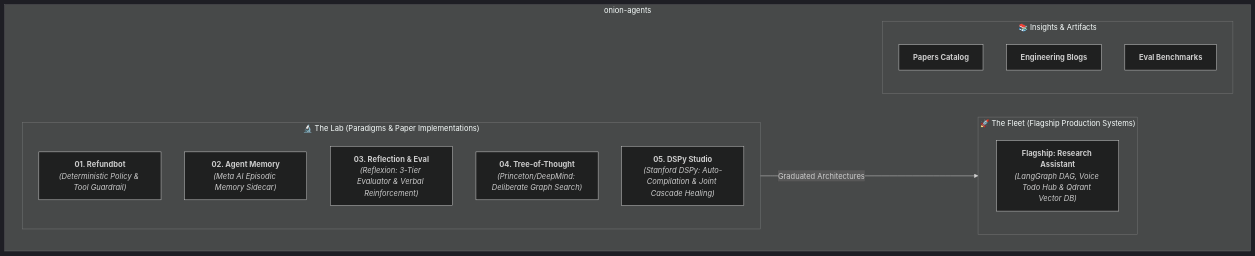
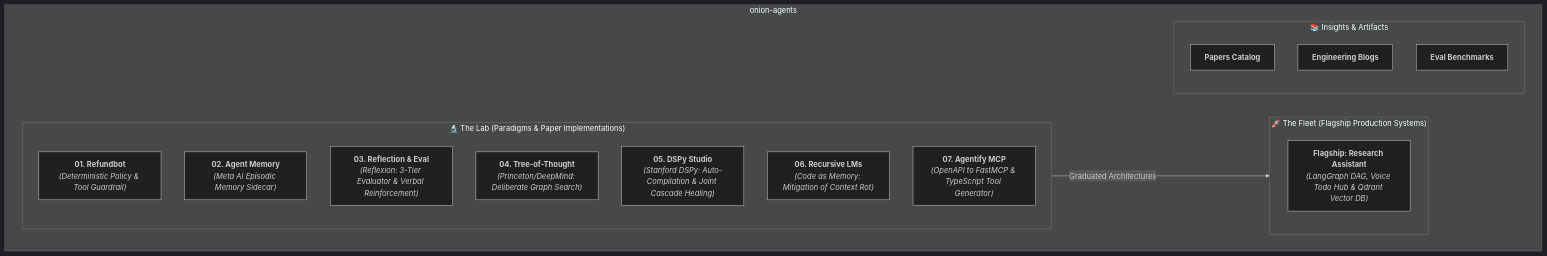
The diagram in AGENTS.md (21-aakash/onion-agents), drawn with Mermaid (dark theme) before and after one commit. The commit also changed other lines of this file and 20 other files, not shown here.

Commit message:
feat(lab): integrate Paradigm 06 (Recursive LMs) and Paradigm 07 (Agentify MCP Builder)

````diff
--- a/AGENTS.md
+++ b/AGENTS.md
@@ -11,21 +11,23 @@
 ```mermaid
 graph TD
     subgraph Monorepo["onion-agents"]
         subgraph TheLab["🔬 The Lab (Paradigms & Paper Implementations)"]
             P1["<b>01. Refundbot</b><br/><i>(Deterministic Policy & Tool Guardrail)</i>"]
             P2["<b>02. Agent Memory</b><br/><i>(Meta AI Episodic Memory Sidecar)</i>"]
             P3["<b>03. Reflection & Eval</b><br/><i>(Reflexion: 3-Tier Evaluator & Verbal Reinforcement)</i>"]
             P4["<b>04. Tree-of-Thought</b><br/><i>(Princeton/DeepMind: Deliberate Graph Search)</i>"]
             P5["<b>05. DSPy Studio</b><br/><i>(Stanford DSPy: Auto-Compilation & Joint Cascade Healing)</i>"]
+            P6["<b>06. Recursive LMs</b><br/><i>(Code as Memory: Mitigation of Context Rot)</i>"]
+            P7["<b>07. Agentify MCP</b><br/><i>(OpenAPI to FastMCP & TypeScript Tool Generator)</i>"]
         end
         subgraph TheFleet["🚀 The Fleet (Flagship Production Systems)"]
             F1["<b>Flagship: Research Assistant</b><br/><i>(LangGraph DAG, Voice Todo Hub & Qdrant Vector DB)</i>"]
         end
         subgraph Insights["📚 Insights & Artifacts"]
             I1["<b>Papers Catalog</b>"]
             I2["<b>Engineering Blogs</b>"]
             I3["<b>Eval Benchmarks</b>"]
         end
     end
     TheLab -->|Graduated Architectures| TheFleet
 ```
````
